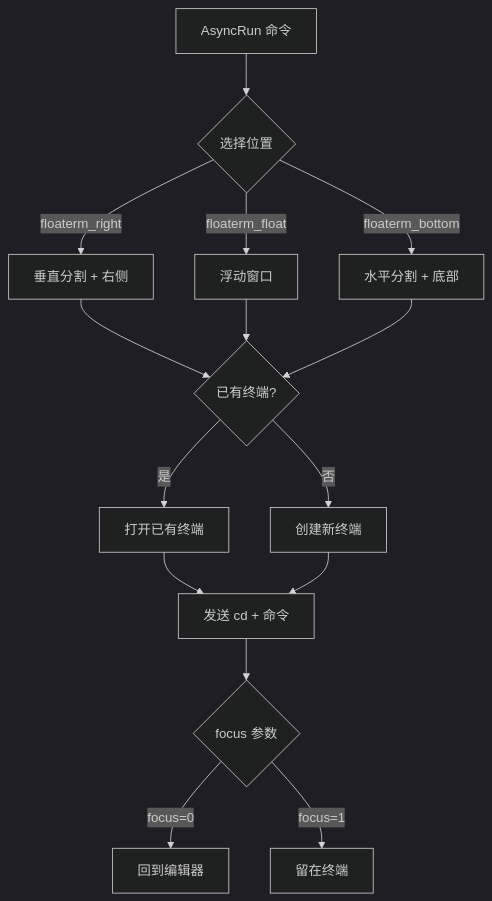
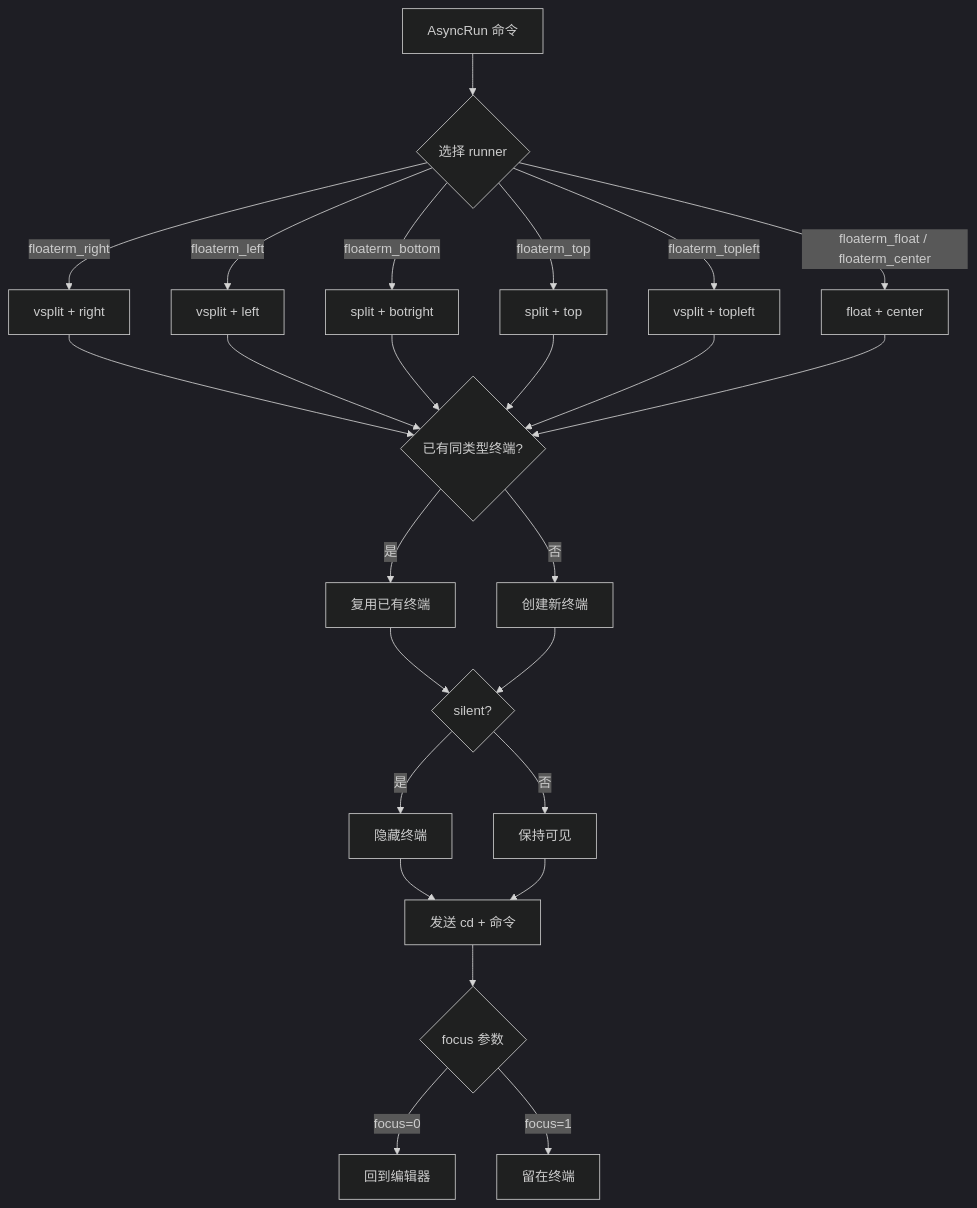
One commit to leoatchina/vim-floaterm-enhance changed the fifth of 5 diagrams in README_cn.md. Above: the diagram before and after it, drawn with Mermaid (dark theme). The commit also changed other lines of this file and 2 other files, not shown here.

First line of the commit message:
docs(README): expand AsyncRun integration section with comprehensive runner documentation

````diff
--- a/README_cn.md
+++ b/README_cn.md
@@ -328,17 +361,27 @@
 ```mermaid
 graph TB
-    AsyncRun[AsyncRun 命令] --> SelectType{选择位置}
-    SelectType -->|floaterm_right| Right[垂直分割 + 右侧]
-    SelectType -->|floaterm_float| Float[浮动窗口]
-    SelectType -->|floaterm_bottom| Bottom[水平分割 + 底部]
-    Right --> FindExist{已有终端?}
+    AsyncRun[AsyncRun 命令] --> SelectType{选择 runner}
+    SelectType -->|floaterm_right| Right[vsplit + right]
+    SelectType -->|floaterm_left| Left[vsplit + left]
+    SelectType -->|floaterm_bottom| Bottom[split + botright]
+    SelectType -->|floaterm_top| Top[split + top]
+    SelectType -->|floaterm_topleft| TopLeft[vsplit + topleft]
+    SelectType -->|floaterm_float / floaterm_center| Float[float + center]
+    Right --> FindExist{已有同类型终端?}
+    Left --> FindExist
+    Bottom --> FindExist
+    Top --> FindExist
+    TopLeft --> FindExist
     Float --> FindExist
-    Bottom --> FindExist
-    FindExist -->|是| OpenExist[打开已有终端]
+    FindExist -->|是| OpenExist[复用已有终端]
     FindExist -->|否| CreateNew[创建新终端]
-    OpenExist --> SendCmd[发送 cd + 命令]
-    CreateNew --> SendCmd
+    OpenExist --> Silent{silent?}
+    CreateNew --> Silent
+    Silent -->|是| Hide[隐藏终端]
+    Silent -->|否| Visible[保持可见]
+    Hide --> SendCmd[发送 cd + 命令]
+    Visible --> SendCmd
     SendCmd --> FocusCheck{focus 参数}
     FocusCheck -->|focus=0| BackEditor[回到编辑器]
     FocusCheck -->|focus=1| InTerm[留在终端]
 ```
````
